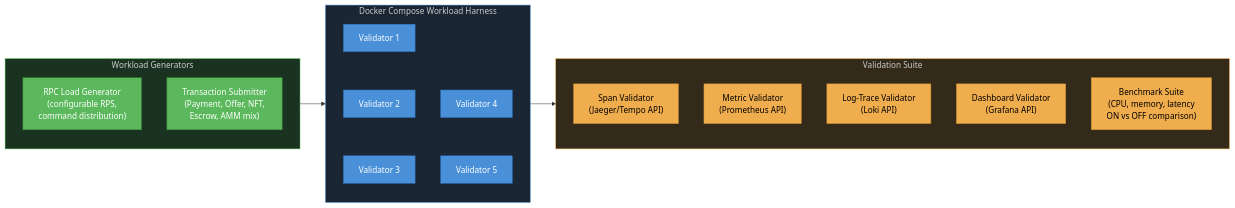
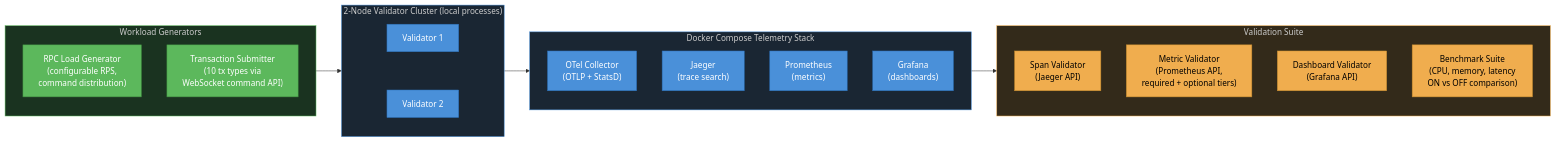
One commit to mvanhorn/rippled changed the sixth of 11 diagrams in OpenTelemetryPlan/06-implementation-phases.md. Above: the diagram before and after it, drawn with Mermaid. The commit also changed other lines of this file and 2 other files, not shown here.

Commit message:
Update Phase 10 docs to reflect current implementation
- Architecture: 2-node cluster (not 5), local processes (not containers)
- tx_submitter: document WebSocket command format, signing_support requirement
- validate_telemetry: document optional_metrics tier for env-dependent metrics
- Node config: document [ips] vs [ips_fixed] for Peer_Finder metrics
- Task list: update status, exit criteria checkboxes, implementation notes
- README: add expected_metrics.json/expected_spans.json format docs, node config notes

````diff
--- a/OpenTelemetryPlan/06-implementation-phases.md
+++ b/OpenTelemetryPlan/06-implementation-phases.md
@@ -763,40 +765,48 @@
 ```mermaid
 flowchart LR
-    subgraph harness["Docker Compose Workload Harness"]
+    subgraph harness["2-Node Validator Cluster (local processes)"]
         direction TB
-        V1["Validator 1"] ~~~ V2["Validator 2"] ~~~ V3["Validator 3"]
-        V4["Validator 4"] ~~~ V5["Validator 5"]
+        V1["Validator 1"] ~~~ V2["Validator 2"]
+    end
+
+    subgraph telemetry["Docker Compose Telemetry Stack"]
+        direction TB
+        COL["OTel Collector<br/>(OTLP + StatsD)"]
+        JAE["Jaeger<br/>(trace search)"]
+        PROM["Prometheus<br/>(metrics)"]
+        GRAF["Grafana<br/>(dashboards)"]
     end
 
     subgraph generators["Workload Generators"]
         RPC["RPC Load Generator<br/>(configurable RPS,<br/>command distribution)"]
-        TX["Transaction Submitter<br/>(Payment, Offer, NFT,<br/>Escrow, AMM mix)"]
+        TX["Transaction Submitter<br/>(10 tx types via<br/>WebSocket command API)"]
     end
 
     subgraph validation["Validation Suite"]
-        SV["Span Validator<br/>(Jaeger/Tempo API)"]
-        MV["Metric Validator<br/>(Prometheus API)"]
-        LV["Log-Trace Validator<br/>(Loki API)"]
+        SV["Span Validator<br/>(Jaeger API)"]
+        MV["Metric Validator<br/>(Prometheus API,<br/>required + optional tiers)"]
         DV["Dashboard Validator<br/>(Grafana API)"]
         BM["Benchmark Suite<br/>(CPU, memory, latency<br/>ON vs OFF comparison)"]
     end
 
     generators --> harness
-    harness --> validation
+    harness --> telemetry
+    telemetry --> validation
 
     style harness fill:#1a2633,color:#ccc,stroke:#4a90d9
+    style telemetry fill:#1a2633,color:#ccc,stroke:#4a90d9
     style generators fill:#1a3320,color:#ccc,stroke:#5cb85c
     style validation fill:#332a1a,color:#ccc,stroke:#f0ad4e
     style V1 fill:#4a90d9,color:#fff,stroke:#2a6db5
     style V2 fill:#4a90d9,color:#fff,stroke:#2a6db5
-    style V3 fill:#4a90d9,color:#fff,stroke:#2a6db5
-    style V4 fill:#4a90d9,color:#fff,stroke:#2a6db5
-    style V5 fill:#4a90d9,color:#fff,stroke:#2a6db5
+    style COL fill:#4a90d9,color:#fff,stroke:#2a6db5
+    style JAE fill:#4a90d9,color:#fff,stroke:#2a6db5
+    style PROM fill:#4a90d9,color:#fff,stroke:#2a6db5
+    style GRAF fill:#4a90d9,color:#fff,stroke:#2a6db5
     style RPC fill:#5cb85c,color:#fff,stroke:#3d8b3d
     style TX fill:#5cb85c,color:#fff,stroke:#3d8b3d
     style SV fill:#f0ad4e,color:#000,stroke:#c78c2e
     style MV fill:#f0ad4e,color:#000,stroke:#c78c2e
-    style LV fill:#f0ad4e,color:#000,stroke:#c78c2e
     style DV fill:#f0ad4e,color:#000,stroke:#c78c2e
     style BM fill:#f0ad4e,color:#000,stroke:#c78c2e
 ```
````
